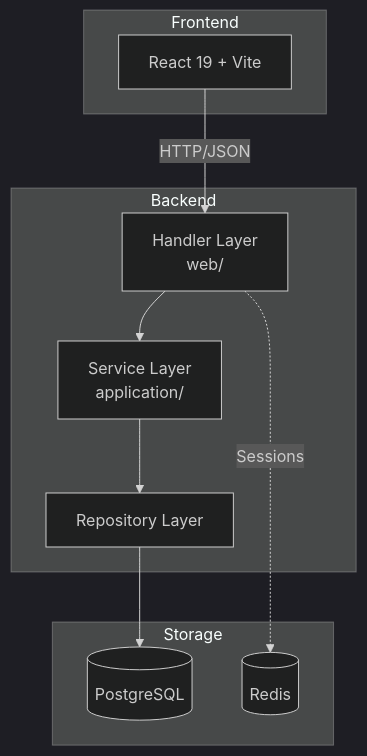
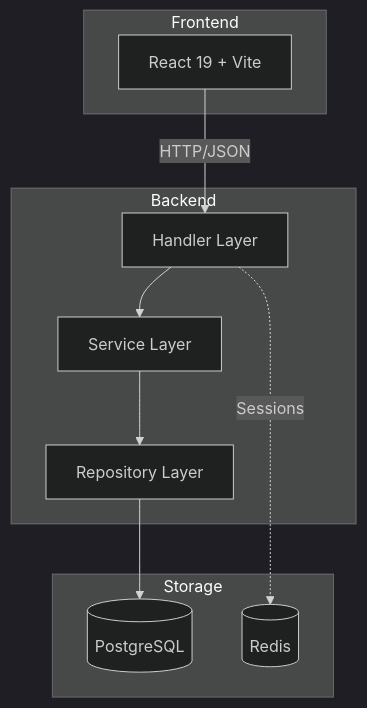
One commit to lucastamoios/celeiro changed the first of 5 diagrams in docs/architecture.md. Above: the diagram before and after it, drawn with Mermaid (dark theme). The commit also changed other lines of this file and 36 other files, not shown here.

````diff
--- a/docs/architecture.md
+++ b/docs/architecture.md
@@ -17,23 +15,23 @@
 ```mermaid
 flowchart TB
     subgraph Frontend
         React[React 19 + Vite]
     end
 
     subgraph Backend
-        Handler[Handler Layer<br/>web/]
-        Service[Service Layer<br/>application/]
+        Handler[Handler Layer]
+        Service[Service Layer]
         Repo[Repository Layer]
     end
 
     subgraph Storage
         PG[(PostgreSQL)]
         Redis[(Redis)]
     end
 
     React -->|HTTP/JSON| Handler
     Handler --> Service
     Service --> Repo
     Repo --> PG
     Handler -.->|Sessions| Redis
 ```
````
